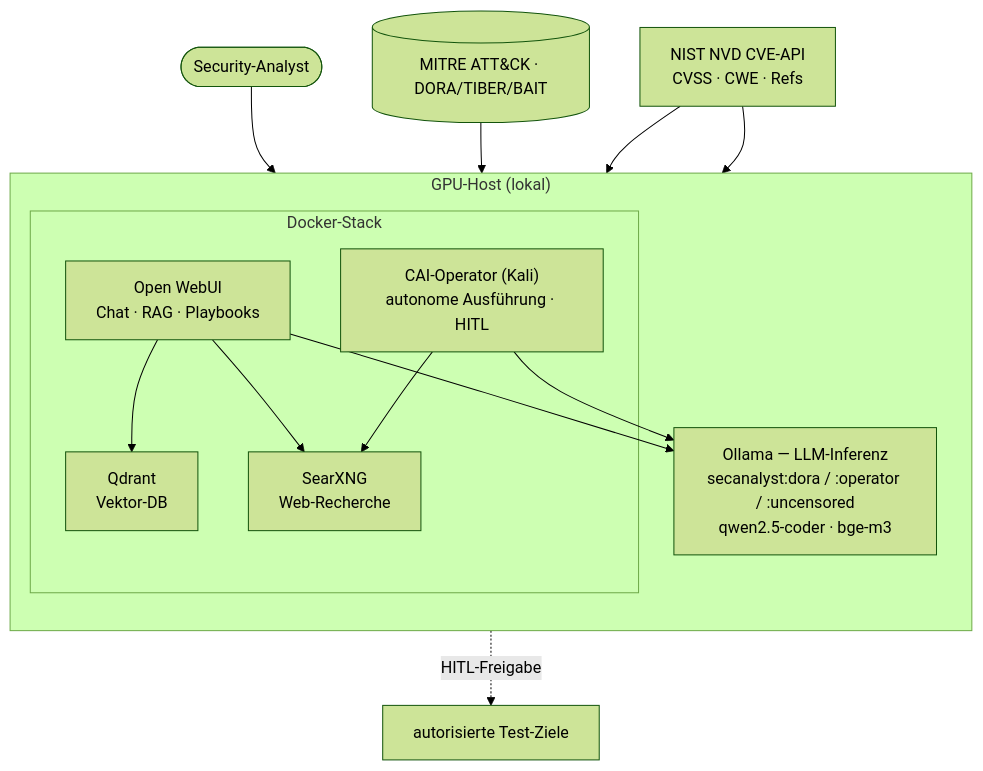
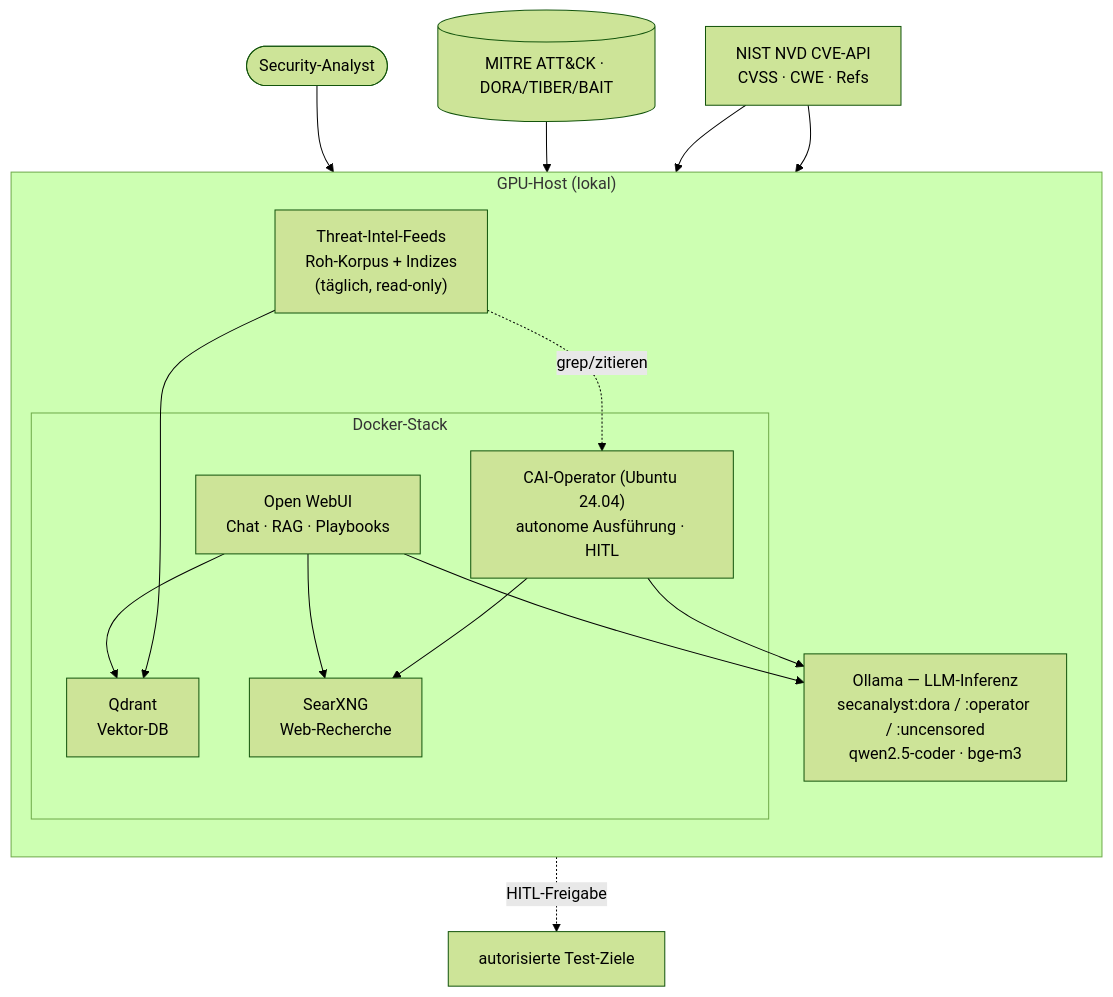
One commit to icepaule/IceITSOAI changed the diagram in README.md. Above: the diagram before and after it, drawn with Mermaid (forest theme). The commit also changed other lines of this file and 2 other files, not shown here.

Commit message:
docs: CAI auf Ubuntu-Basis, Threat-Intel-Feeds-Pipeline, Operator-Korpus
- CAI-Operator von Kali auf Ubuntu 24.04 korrigiert (offiziell unterstützt,
  stabile Builds) inkl. read-only Threat-Feed-Mount + Zitierpflicht
- neue Doku 09: Hybrid-Feed-Architektur (raw / embedded / disk), Quellen,
  täglicher Refresh (Cron 06:00), gelöste Betriebs-Fallstricke
- README: Feeds-Fähigkeit, Architektur-Mermaid (FEED-Knoten), Doku-Index

````diff
--- a/README.md
+++ b/README.md
@@ -28,23 +31,26 @@
 ```mermaid
 flowchart TB
   subgraph Host["GPU-Host (lokal)"]
     direction TB
     OLL["Ollama — LLM-Inferenz<br/>secanalyst:dora / :operator / :uncensored<br/>qwen2.5-coder · bge-m3"]
     subgraph Stack["Docker-Stack"]
       WUI["Open WebUI<br/>Chat · RAG · Playbooks"]
       QD["Qdrant<br/>Vektor-DB"]
       SX["SearXNG<br/>Web-Recherche"]
-      CAI["CAI-Operator (Kali)<br/>autonome Ausführung · HITL"]
+      CAI["CAI-Operator (Ubuntu 24.04)<br/>autonome Ausführung · HITL"]
     end
+    FEED["Threat-Intel-Feeds<br/>Roh-Korpus + Indizes<br/>(täglich, read-only)"]
   end
   Analyst(["Security-Analyst"]) --> WUI
   WUI --> OLL
   WUI --> QD
   WUI --> SX
   CAI --> OLL
   CAI --> SX
   CAI -.HITL-Freigabe.-> Targets["autorisierte Test-Ziele"]
   KB[("MITRE ATT&CK · DORA/TIBER/BAIT")] --> QD
+  FEED --> QD
+  FEED -. grep/zitieren .-> CAI
   NVD["NIST NVD CVE-API<br/>CVSS · CWE · Refs"] --> WUI
   NVD --> CAI
 ```
````
